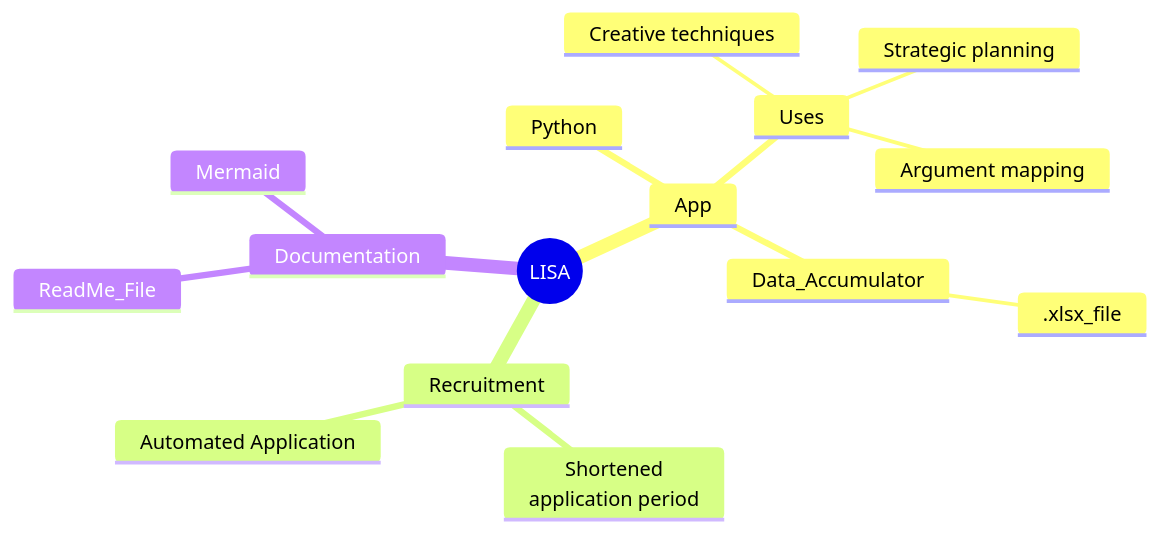
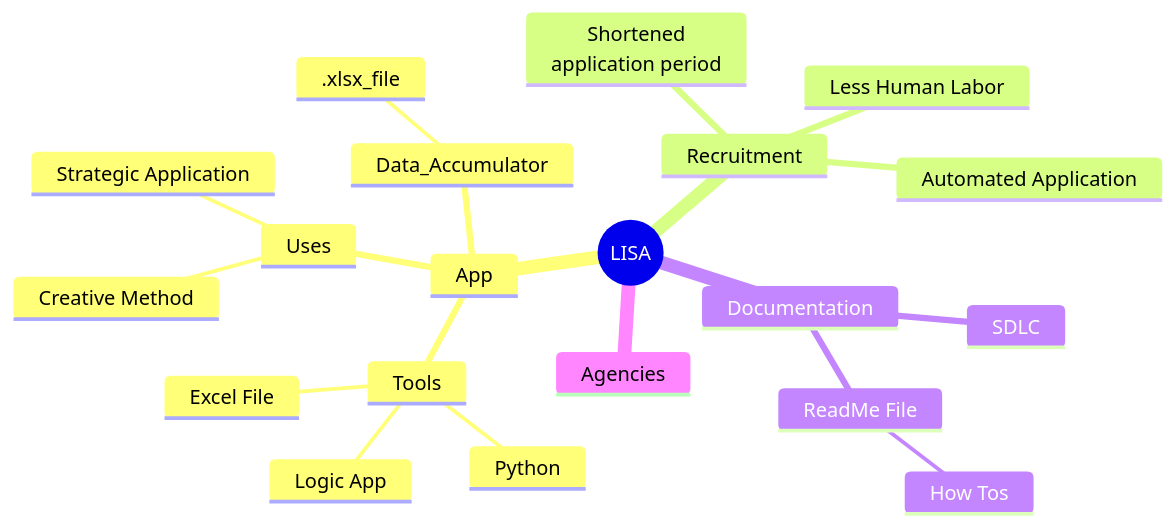
Before and after one commit to SuzyQuant/SuzyQuant: the diagram in notes/star/02-13-2023.md, drawn with Mermaid. The commit also changed other lines of this file, not shown here.

````diff
--- a/notes/star/02-13-2023.md
+++ b/notes/star/02-13-2023.md
@@ -3,22 +3,25 @@
 ```mermaid
-
 mindmap
   root((LISA))
     App
-      Python
+      Tools
       ::icon(fa fa-book)
+        Python
+        Logic App
+        Excel File
       Uses
-        Creative techniques
-        Strategic planning
-        Argument mapping
+        Creative Method
+        Strategic Application
       Data_Accumulator
         .xlsx_file
     Recruitment
       Shortened<br/>application period
       Automated Application
-        
+      Less Human Labor        
     Documentation
-      ReadMe_File
-      Mermaid
-
+      ReadMe File
+       How Tos
+      SDLC
+    Agencies
+      
 ```
````
